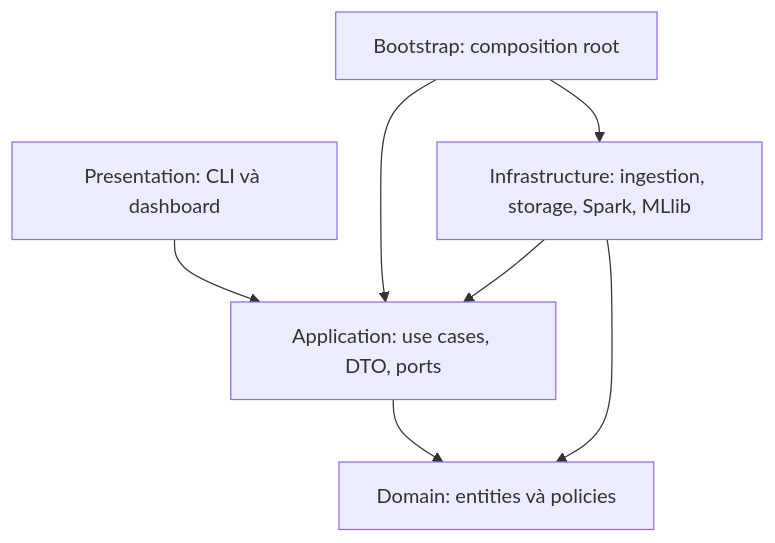
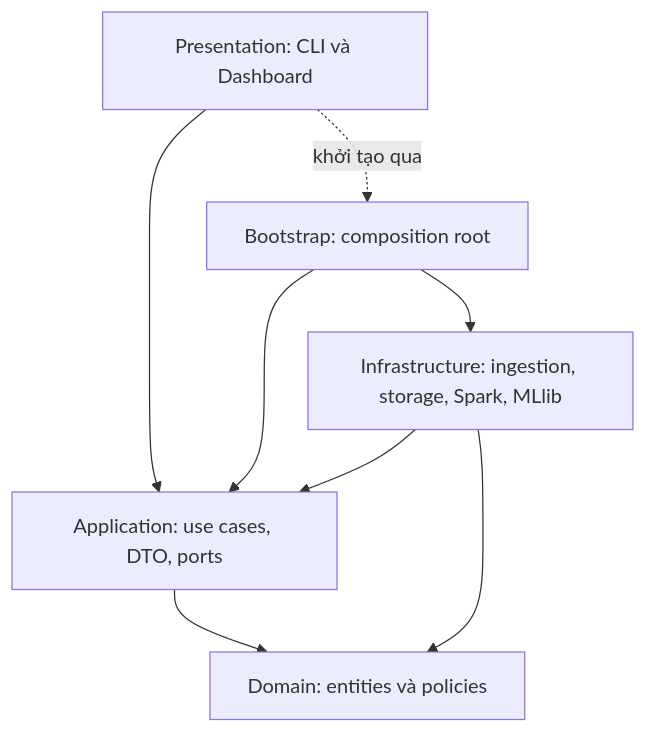
The diagram in docs/architecture.md (luan2311/Bigdata_Steam_Rate), drawn with Mermaid before and after one commit. The commit also changed other lines of this file and 11 other files, not shown here.

````diff
--- a/docs/architecture.md
+++ b/docs/architecture.md
@@ -7,9 +7,10 @@
 ```mermaid
 flowchart TD
-    P[Presentation: CLI và dashboard] --> A[Application: use cases, DTO, ports]
+    P[Presentation: CLI và Dashboard] --> A[Application: use cases, DTO, ports]
+    P -.->|khởi tạo qua| B[Bootstrap: composition root]
     I[Infrastructure: ingestion, storage, Spark, MLlib] --> A
     A --> D[Domain: entities và policies]
     I --> D
-    B[Bootstrap: composition root] --> A
+    B --> A
     B --> I
 ```
````
